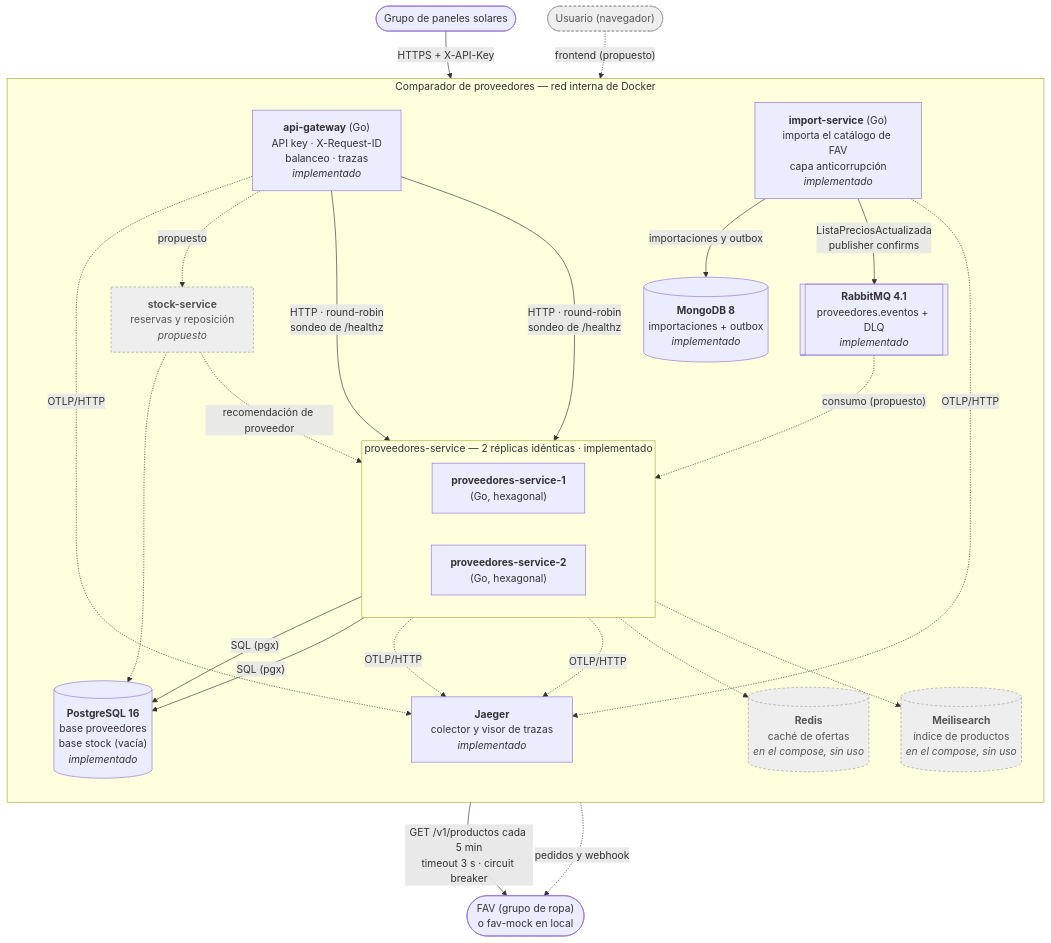
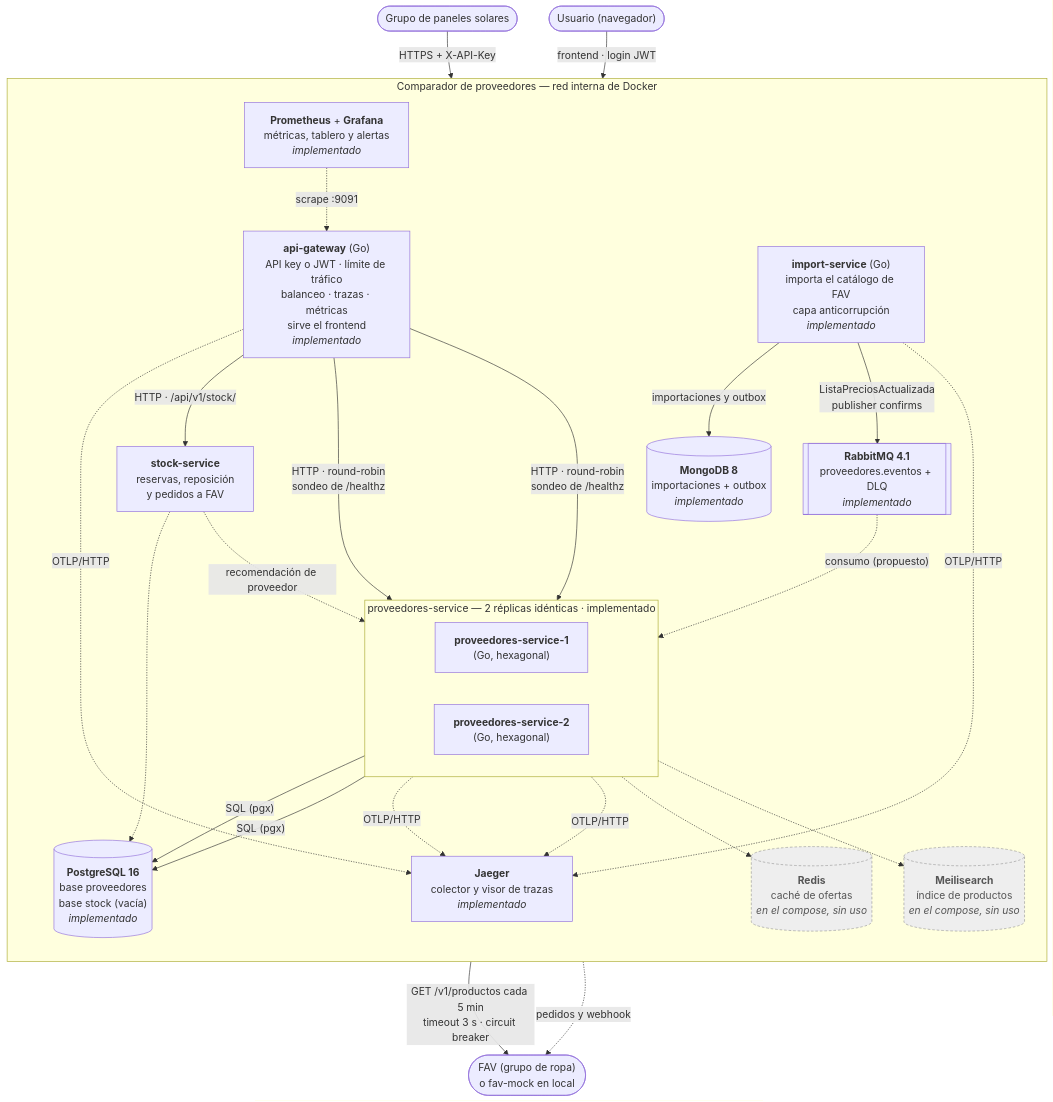
The second of 3 diagrams in docs/ARCHITECTURE.md (matiasdemetriorufeil/arq-soft-proveedores), drawn with Mermaid before and after one commit. The commit also changed other lines of this file and 99 other files, not shown here.

````diff
--- a/docs/ARCHITECTURE.md
+++ b/docs/ARCHITECTURE.md
@@ -62,56 +62,58 @@
 ```mermaid
 flowchart TB
     paneles(["Grupo de paneles solares"])
     usuario(["Usuario (navegador)"])
     ropa(["FAV (grupo de ropa)<br/>o fav-mock en local"])
 
     subgraph sistema["Comparador de proveedores — red interna de Docker"]
         direction TB
-        gw["<b>api-gateway</b> (Go)<br/>API key · X-Request-ID<br/>balanceo · trazas<br/><i>implementado</i>"]
+        gw["<b>api-gateway</b> (Go)<br/>API key o JWT · límite de tráfico<br/>balanceo · trazas · métricas<br/>sirve el frontend<br/><i>implementado</i>"]
+        prom["<b>Prometheus</b> + <b>Grafana</b><br/>métricas, tablero y alertas<br/><i>implementado</i>"]
 
         subgraph proveedores["proveedores-service — 2 réplicas idénticas · implementado"]
             direction LR
             p1["<b>proveedores-service-1</b><br/>(Go, hexagonal)"]
             p2["<b>proveedores-service-2</b><br/>(Go, hexagonal)"]
         end
 
         pg[("<b>PostgreSQL 16</b><br/>base proveedores<br/>base stock (vacía)<br/><i>implementado</i>")]
         jaeger["<b>Jaeger</b><br/>colector y visor de trazas<br/><i>implementado</i>"]
 
         imp["<b>import-service</b> (Go)<br/>importa el catálogo de FAV<br/>capa anticorrupción<br/><i>implementado</i>"]
         mongo[("<b>MongoDB 8</b><br/>importaciones + outbox<br/><i>implementado</i>")]
         rabbit[["<b>RabbitMQ 4.1</b><br/>proveedores.eventos + DLQ<br/><i>implementado</i>"]]
 
-        stock["<b>stock-service</b><br/>reservas y reposición<br/><i>propuesto</i>"]
+        stock["<b>stock-service</b><br/>reservas, reposición<br/>y pedidos a FAV"]
         redis[("<b>Redis</b><br/>caché de ofertas<br/><i>en el compose, sin uso</i>")]
         meili[("<b>Meilisearch</b><br/>índice de productos<br/><i>en el compose, sin uso</i>")]
     end
 
     paneles -- "HTTPS + X-API-Key" --> gw
-    usuario -. "frontend (propuesto)" .-> gw
+    usuario -- "frontend · login JWT" --> gw
 
     gw -- "HTTP · round-robin<br/>sondeo de /healthz" --> p1
     gw -- "HTTP · round-robin<br/>sondeo de /healthz" --> p2
     p1 -- "SQL (pgx)" --> pg
     p2 -- "SQL (pgx)" --> pg
 
     imp -- "GET /v1/productos cada 5 min<br/>timeout 3 s · circuit breaker" --> ropa
     imp -- "importaciones y outbox" --> mongo
     imp -- "ListaPreciosActualizada<br/>publisher confirms" --> rabbit
     rabbit -. "consumo (propuesto)" .-> p1
 
     gw -. "OTLP/HTTP" .-> jaeger
     p1 -. "OTLP/HTTP" .-> jaeger
     p2 -. "OTLP/HTTP" .-> jaeger
     imp -. "OTLP/HTTP" .-> jaeger
 
-    gw -. "propuesto" .-> stock
+    gw -- "HTTP · /api/v1/stock/" --> stock
+    prom -. "scrape :9091" .-> gw
     stock -. "recomendación de proveedor" .-> p1
     stock -. "pedidos y webhook" .-> ropa
     stock -.-> pg
     p1 -.-> redis
     p1 -.-> meili
 
     classDef propuesto fill:#eeeeee,stroke:#999999,stroke-dasharray: 4 3,color:#555555
-    class stock,redis,meili,usuario propuesto
+    class redis,meili propuesto
 ```
````
